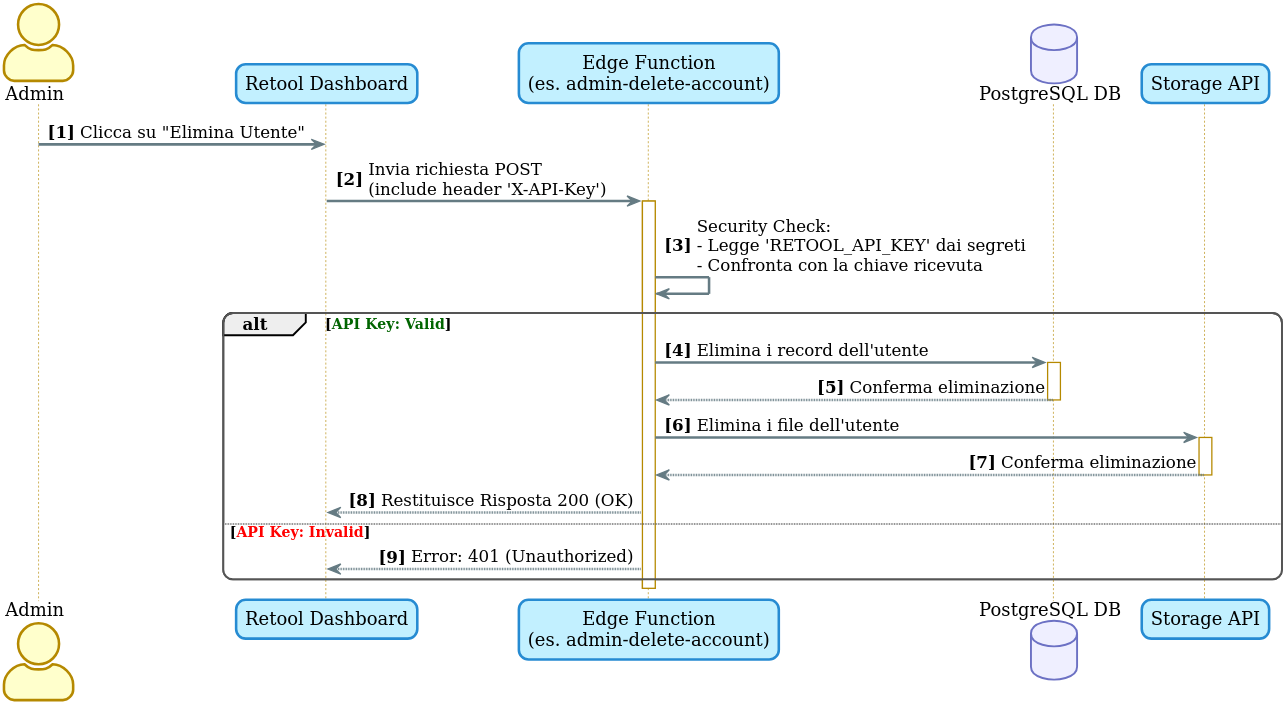
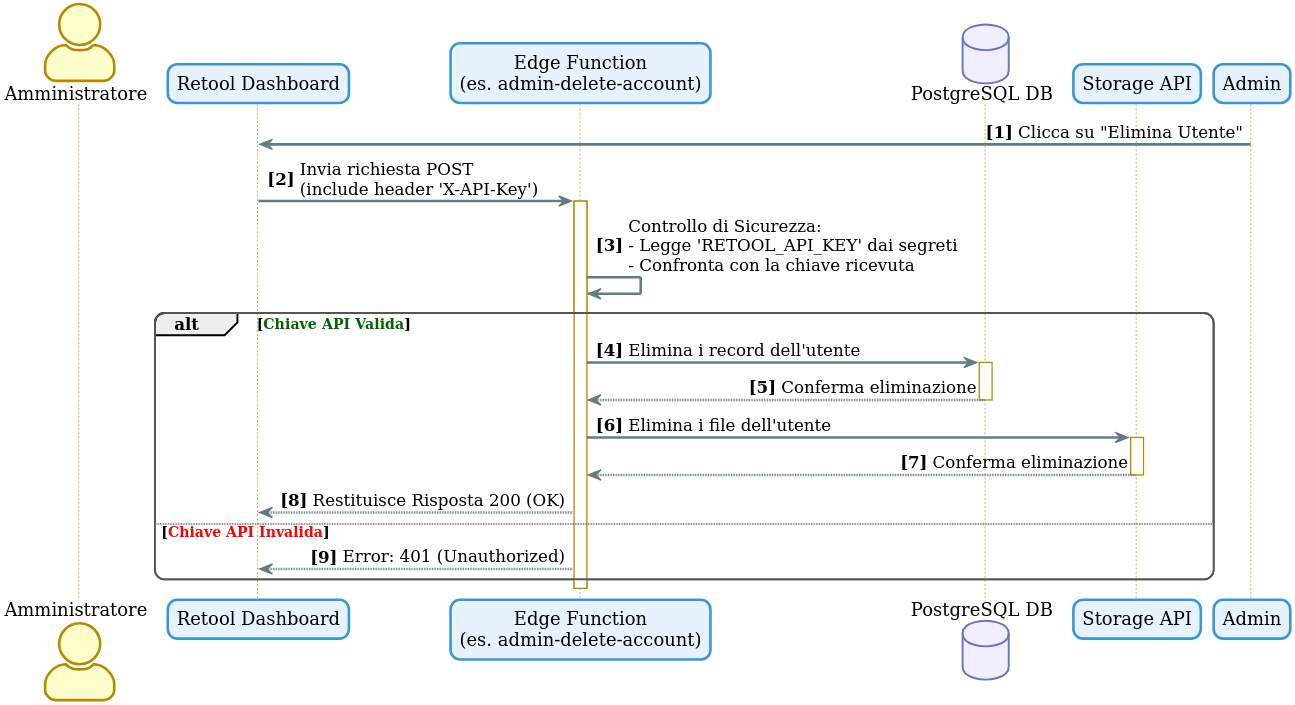
One commit to TMoretta/Swift-Contest changed the diagram in thesis/diagrams/src/retool-edge-call.puml. Above: the diagram before and after it, drawn with PlantUML. The commit also changed 61 other files, not shown here.

```diff
--- a/thesis/diagrams/src/retool-edge-call.puml
+++ b/thesis/diagrams/src/retool-edge-call.puml
@@ -1,62 +1,62 @@
 @startuml
 
 !theme sunlust
 skinparam dpi 300
 skinparam backgroundColor transparent
 skinparam actorStyle awesome
 skinparam shadowing false
 
 autonumber "<b>[0]"
 
 skinparam package {
     backgroundColor #FFFFFF
     borderColor #555555
 }
-skinparam rectangle {
+skinparam participant {
   backgroundColor #E6F3FF
   borderColor #3995D7
 }
 
 ' =======================================
 ' Definizione dei Partecipanti
 ' =======================================
-actor Admin
+actor Amministratore
 participant "Retool Dashboard" as Retool
 participant "Edge Function\n(es. admin-delete-account)" as Edge
 ' MODIFICA: Sostituito con partecipanti specifici
 database "PostgreSQL DB" as DB
 participant "Storage API" as Storage
 
 ' =======================================
 ' Flusso della Chiamata Sicura
 ' =======================================
 Admin -> Retool : Clicca su "Elimina Utente"
 
 Retool -> Edge : Invia richiesta POST\n(include header 'X-API-Key')
 activate Edge
 
 ' MODIFICA: Il controllo della chiave API è un'azione interna
-Edge -> Edge : Security Check:\n- Legge 'RETOOL_API_KEY' dai segreti\n- Confronta con la chiave ricevuta
+Edge -> Edge : Controllo di Sicurezza:\n- Legge 'RETOOL_API_KEY' dai segreti\n- Confronta con la chiave ricevuta
 
-alt <color:#006400>API Key: Valid</color>
+alt <color:#006400>Chiave API Valida</color>
     ' MODIFICA: La funzione ora chiama servizi specifici
 
       Edge -> DB : Elimina i record dell'utente
       activate DB
       DB --> Edge : Conferma eliminazione
       deactivate DB
 
       Edge -> Storage : Elimina i file dell'utente
       activate Storage
       Storage --> Edge : Conferma eliminazione
       deactivate Storage
 
     Edge --> Retool : Restituisce Risposta 200 (OK)
 
-else <color:red>API Key: Invalid</color>
+else <color:red>Chiave API Invalida</color>
     Edge --> Retool : Error: 401 (Unauthorized)
 end
 
 deactivate Edge
 
 @enduml
```
